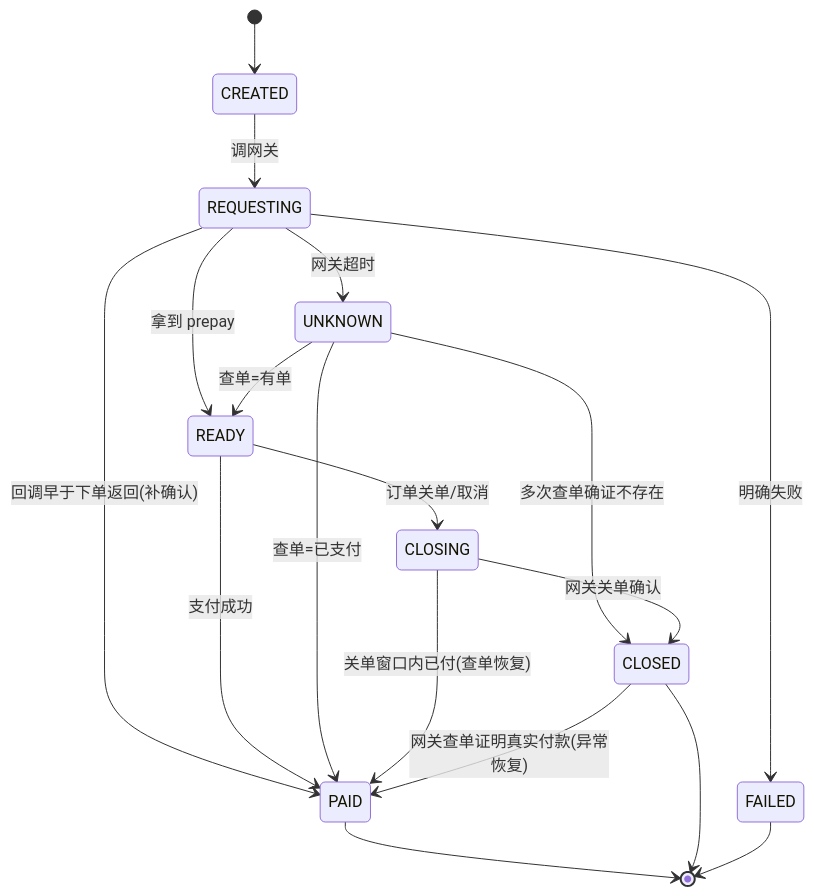
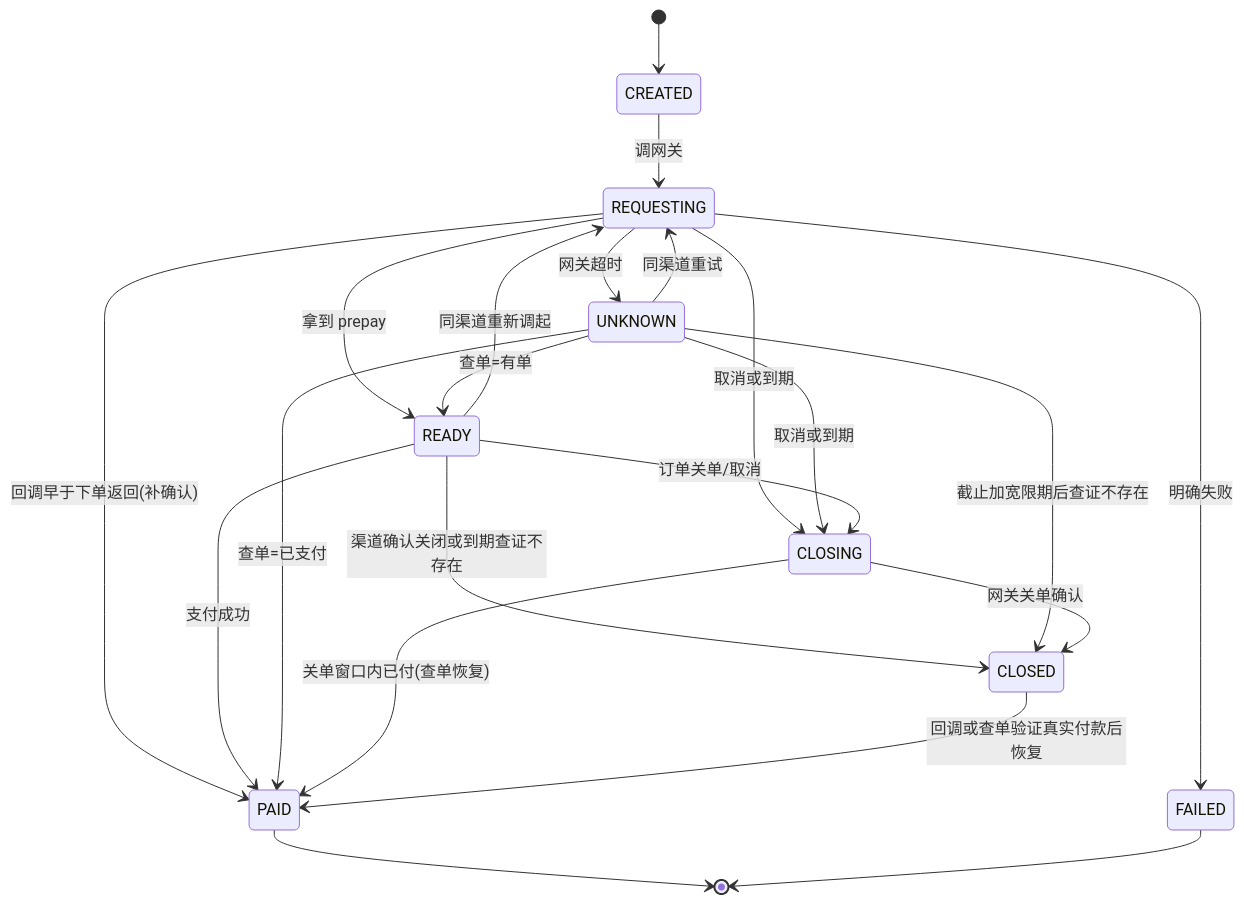
Before and after one commit to gtkit/orderd: the first of 2 diagrams in DESIGN.md, drawn with Mermaid. The commit also changed other lines of this file and 93 other files, not shown here.

````diff
--- a/DESIGN.md
+++ b/DESIGN.md
@@ -134,20 +134,24 @@
 ```mermaid
 stateDiagram-v2
     [*] --> CREATED
     CREATED --> REQUESTING: 调网关
     REQUESTING --> READY: 拿到 prepay
     REQUESTING --> UNKNOWN: 网关超时
     REQUESTING --> PAID: 回调早于下单返回(补确认)
     REQUESTING --> FAILED: 明确失败
+    READY --> REQUESTING: 同渠道重新调起
+    UNKNOWN --> REQUESTING: 同渠道重试
+    REQUESTING --> CLOSING: 取消或到期
+    UNKNOWN --> CLOSING: 取消或到期
+    READY --> CLOSED: 渠道确认关闭或到期查证不存在
     READY --> PAID: 支付成功
     READY --> CLOSING: 订单关单/取消
     UNKNOWN --> READY: 查单=有单
     UNKNOWN --> PAID: 查单=已支付
-    UNKNOWN --> CLOSED: 多次查单确证不存在
+    UNKNOWN --> CLOSED: 截止加宽限期后查证不存在
     CLOSING --> CLOSED: 网关关单确认
     CLOSING --> PAID: 关单窗口内已付(查单恢复)
-    CLOSED --> PAID: 网关查单证明真实付款(异常恢复)
+    CLOSED --> PAID: 回调或查单验证真实付款后恢复
     PAID --> [*]
-    CLOSED --> [*]
     FAILED --> [*]
 ```
````
